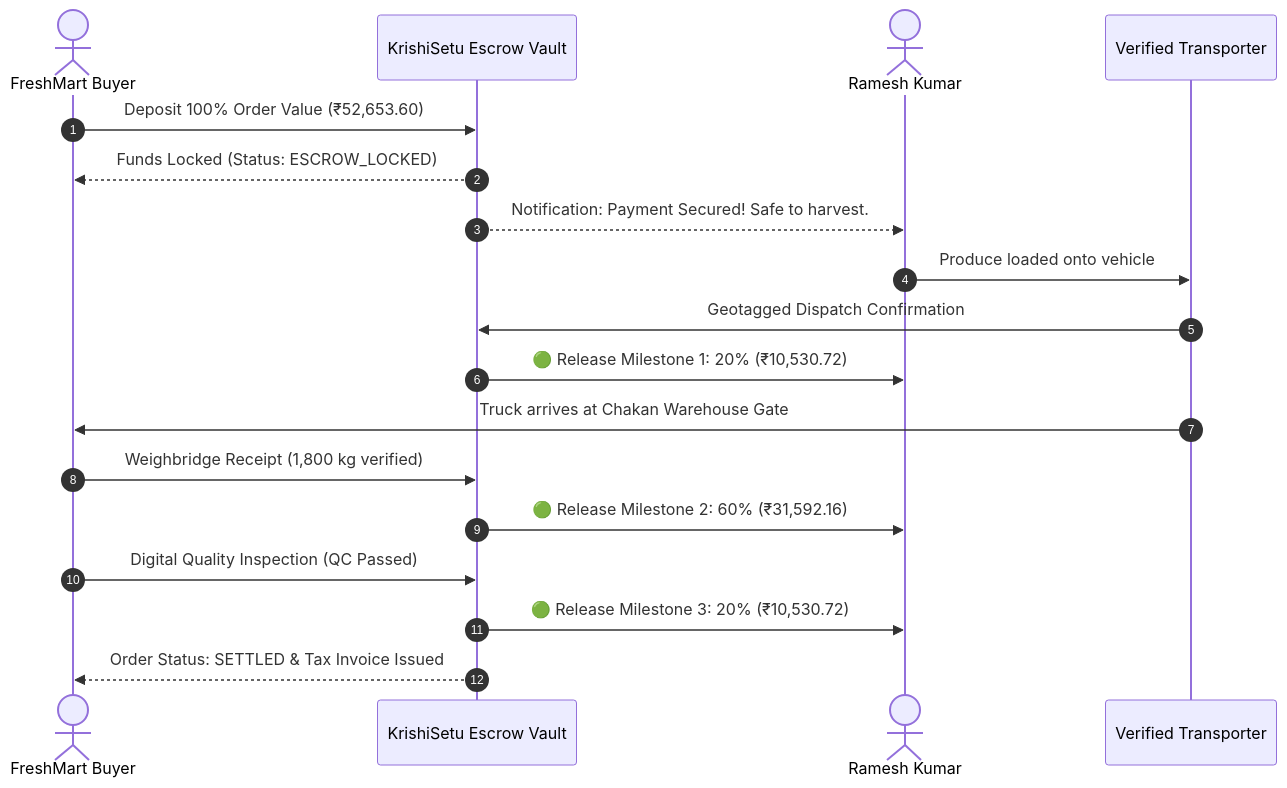
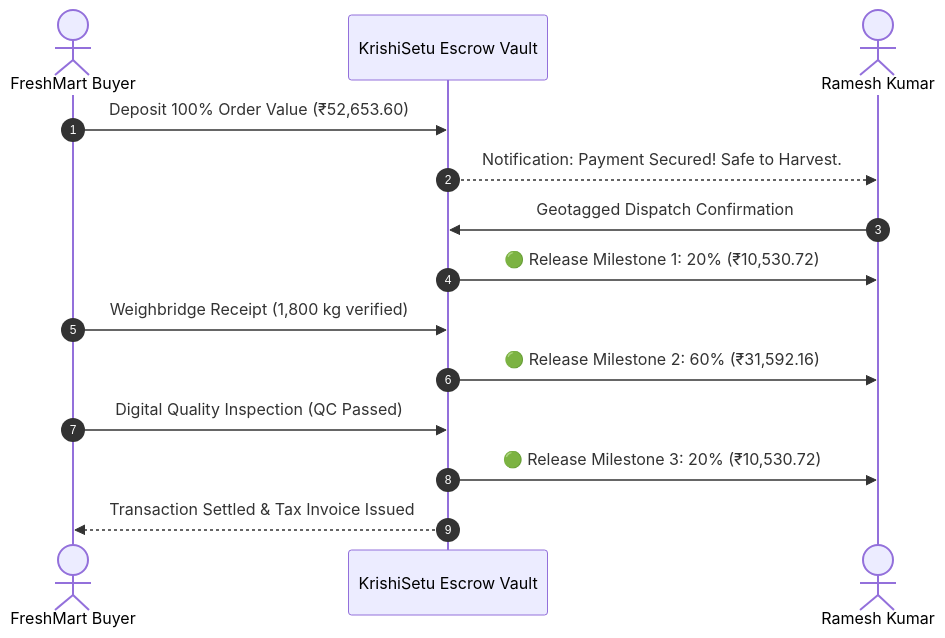
Before and after one commit to HackOpsIndia/KrishiSetu: the diagram in docs/members/aman-kesarwani/README.md, drawn with Mermaid. The commit also changed other lines of this file and 24 other files, not shown here.

````diff
--- a/docs/members/aman-kesarwani/README.md
+++ b/docs/members/aman-kesarwani/README.md
@@ -119,24 +23,20 @@
 ```mermaid
 sequenceDiagram
     autonumber
     actor Buyer as FreshMart Buyer
     participant Escrow as KrishiSetu Escrow Vault
     actor Farmer as Ramesh Kumar
-    participant Driver as Verified Transporter
 
     Buyer->>Escrow: Deposit 100% Order Value (₹52,653.60)
-    Escrow-->>Buyer: Funds Locked (Status: ESCROW_LOCKED)
-    Escrow-->>Farmer: Notification: Payment Secured! Safe to harvest.
+    Escrow-->>Farmer: Notification: Payment Secured! Safe to Harvest.
     
-    Farmer->>Driver: Produce loaded onto vehicle
-    Driver->>Escrow: Geotagged Dispatch Confirmation
+    Farmer->>Escrow: Geotagged Dispatch Confirmation
     Escrow->>Farmer: 🟢 Release Milestone 1: 20% (₹10,530.72)
     
-    Driver->>Buyer: Truck arrives at Chakan Warehouse Gate
     Buyer->>Escrow: Weighbridge Receipt (1,800 kg verified)
     Escrow->>Farmer: 🟢 Release Milestone 2: 60% (₹31,592.16)
     
     Buyer->>Escrow: Digital Quality Inspection (QC Passed)
     Escrow->>Farmer: 🟢 Release Milestone 3: 20% (₹10,530.72)
-    Escrow-->>Buyer: Order Status: SETTLED & Tax Invoice Issued
+    Escrow-->>Buyer: Transaction Settled & Tax Invoice Issued
 ```
````
